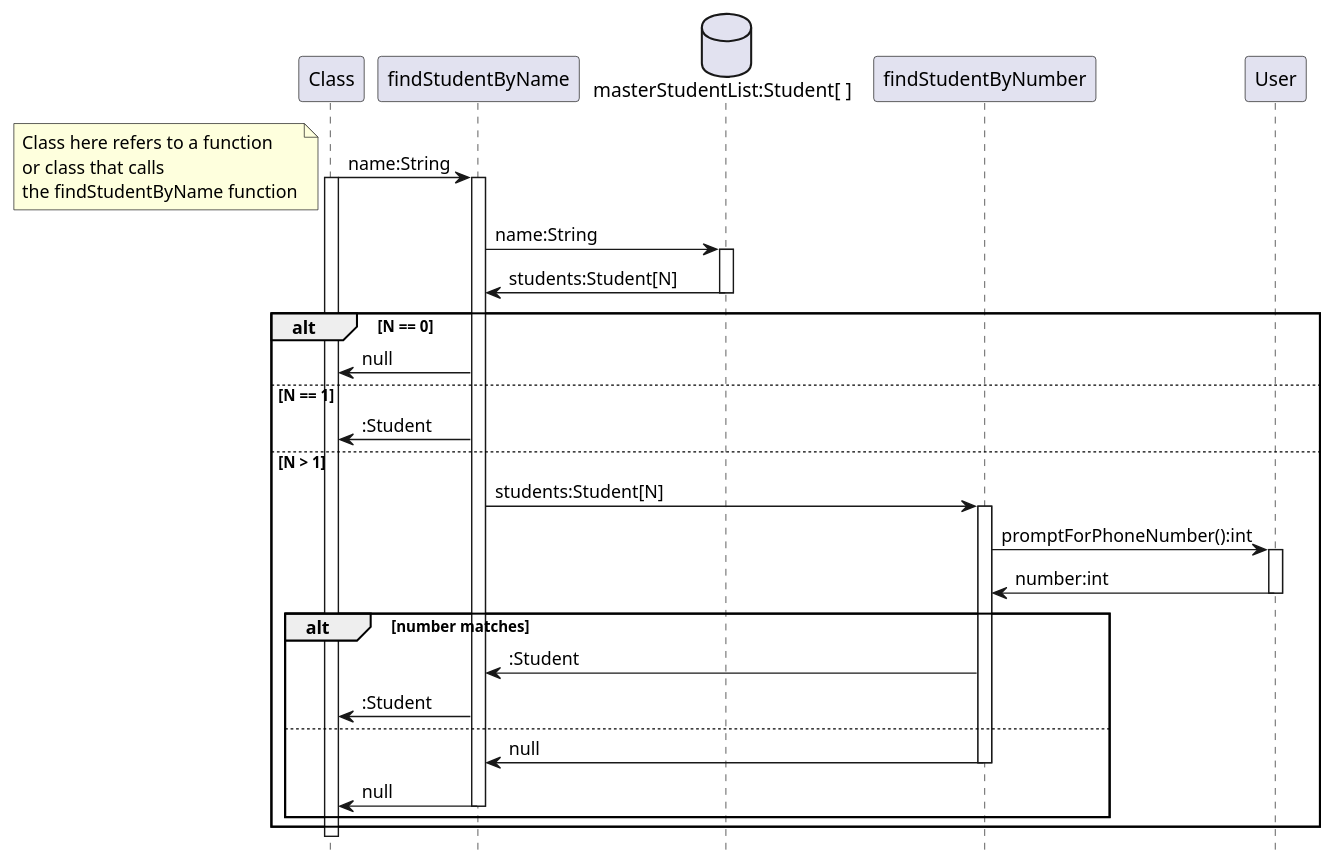
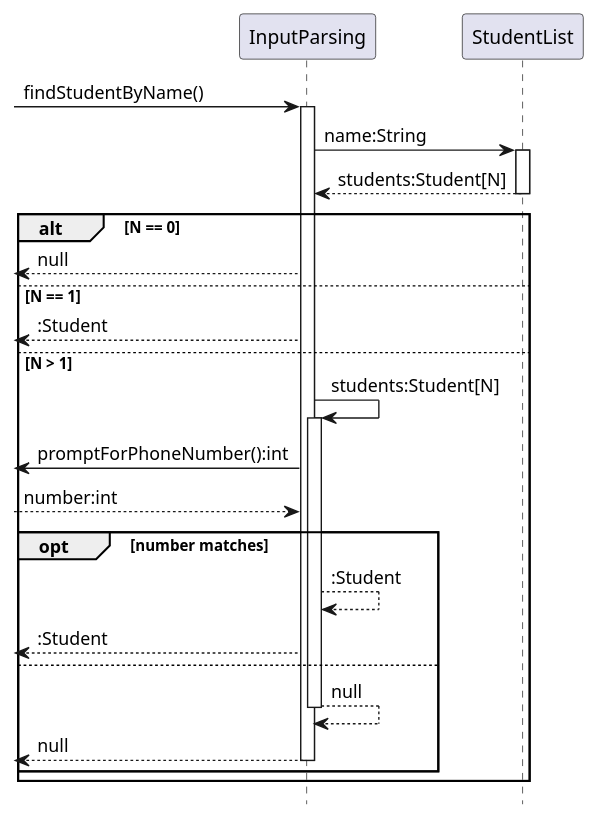
The diagram in docs/diagrams/src/DataStoring/studentIdentification.puml (blackmirag3/Classify), drawn with PlantUML before and after one commit. The commit also changed 6 other files, not shown here.

```diff
--- a/docs/diagrams/src/DataStoring/studentIdentification.puml
+++ b/docs/diagrams/src/DataStoring/studentIdentification.puml
@@ -1,62 +1,46 @@
 @startuml Student Identification
 footbox off
 
-participant Class as class
-participant findStudentByName as fsbname
-database "masterStudentList:Student[ ]" as msl
-participant findStudentByNumber as fsbnumber
-participant User as user
+participant InputParsing as fsbname
+participant StudentList as msl
 
-
-class -> fsbname : name:String
-activate class
-
-note left
-    Class here refers to a function 
-    or class that calls
-    the findStudentByName function
-end note
+-> fsbname : findStudentByName()
 
 activate fsbname
 
     fsbname -> msl : name:String
     activate msl
-    msl -> fsbname : students:Student[N]
+    msl --> fsbname : students:Student[N]
     deactivate msl
 
 alt N == 0
 
-    fsbname -> class : null
+    <-- fsbname : null
 
 else N == 1
 
-    fsbname -> class : :Student
+    <-- fsbname : :Student
 
 else N > 1
 
-    fsbname -> fsbnumber : students:Student[N]
-    activate fsbnumber
+    fsbname -> fsbname : students:Student[N]
+    activate fsbname
 
-    fsbnumber -> user : promptForPhoneNumber():int
-    activate user 
-    user -> fsbnumber : number:int
-    deactivate user
+    <- fsbname : promptForPhoneNumber():int
+    -->  fsbname : number:int
 
-    alt number matches
-        fsbnumber -> fsbname : :Student
-        fsbname -> class : :Student
+    opt number matches
+        fsbname --> fsbname : :Student
+        <-- fsbname : :Student
 
     else 
-        fsbnumber -> fsbname : null
-        deactivate fsbnumber 
+        fsbname --> fsbname : null
+        deactivate fsbname 
 
-        fsbname -> class : null
+        <-- fsbname : null
         deactivate fsbname
     end
         
 end
 
-
-deactivate class
-
 @enduml
```
